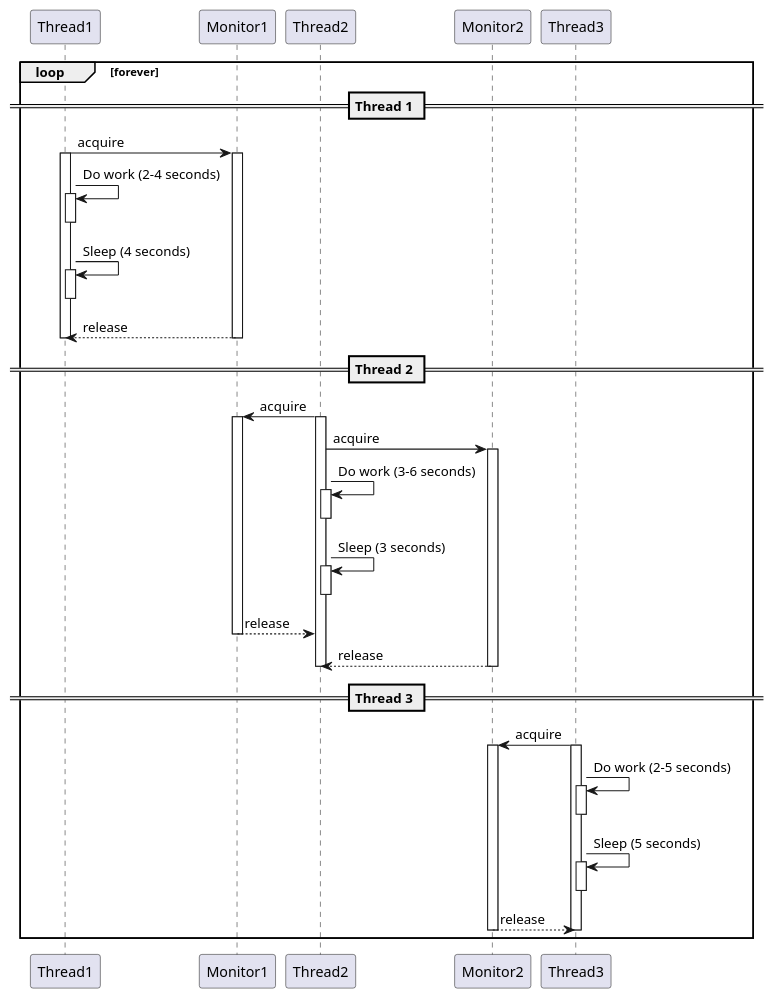
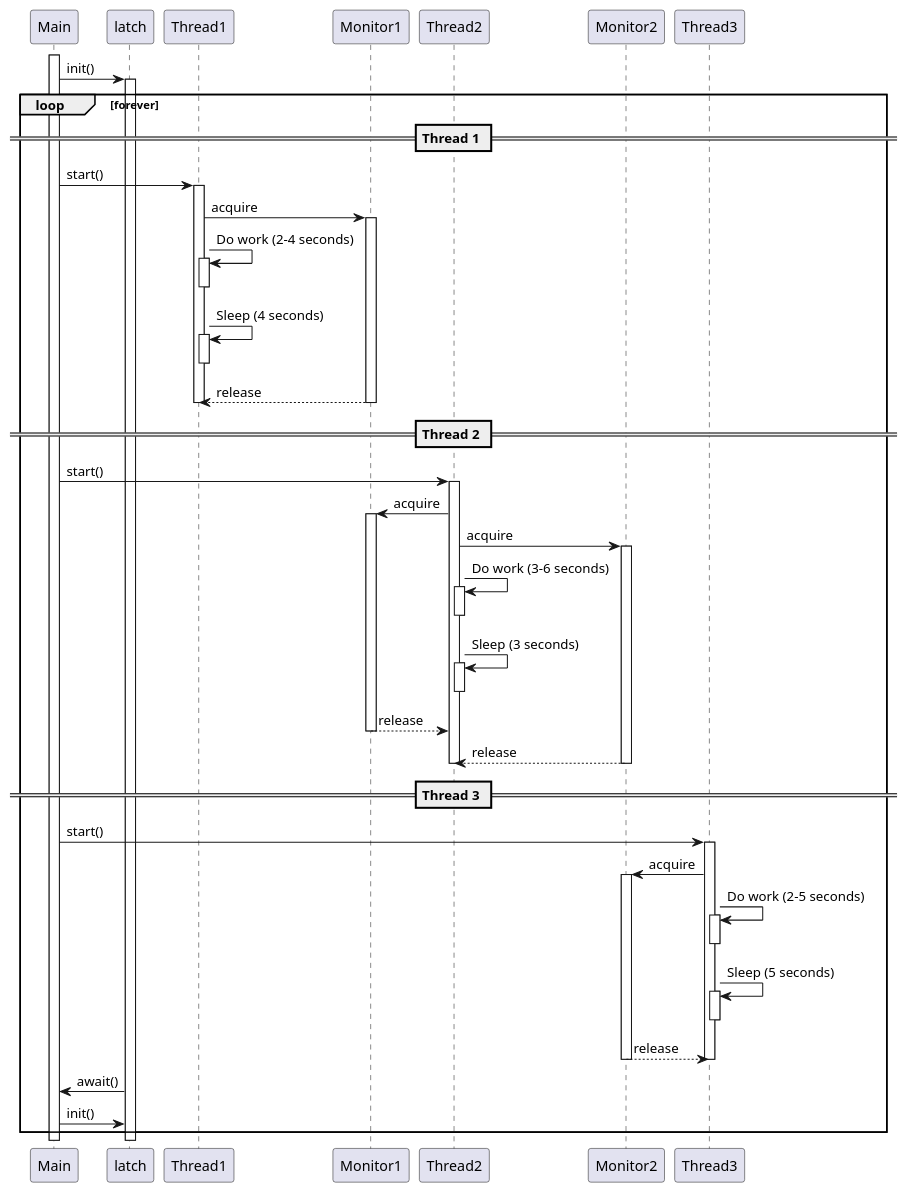
Before and after one commit to TudorMorosanu/MorosanuTudor_30332_RTSLAB: the diagram in Lab6/src/App2/Diagrams/Sequence.puml, drawn with PlantUML. The commit also changed 55 other files, not shown here.

```diff
--- a/Lab6/src/App2/Diagrams/Sequence.puml
+++ b/Lab6/src/App2/Diagrams/Sequence.puml
@@ -1,52 +1,64 @@
 @startuml
 
+activate Main
+Main -> latch : init()
+activate latch
 loop forever
 
     == Thread 1 ==
+    Main -> Thread1 : start()
+    activate Thread1
     Thread1 -> Monitor1: acquire
-    activate Thread1
+
     activate Monitor1
     Thread1 -> Thread1: Do work (2-4 seconds)
     activate Thread1
     deactivate Thread1
     Thread1 -> Thread1: Sleep (4 seconds)
     activate Thread1
     deactivate Thread1
     Thread1 <-- Monitor1: release
     deactivate Monitor1
     deactivate Thread1
 
     == Thread 2 ==
+    Main -> Thread2 :start()
+    activate Thread2
     Thread2 -> Monitor1: acquire
-    activate Thread2
+
     activate Monitor1
     Thread2 -> Monitor2: acquire
     activate Monitor2
     Thread2 -> Thread2: Do work (3-6 seconds)
     activate Thread2
     deactivate Thread2
     Thread2 -> Thread2: Sleep (3 seconds)
     activate Thread2
     deactivate Thread2
     Thread2 <-- Monitor1 : release
     deactivate Monitor1
     Thread2 <-- Monitor2 : release
     deactivate Monitor2
     deactivate Thread2
 
     == Thread 3 ==
+    Main -> Thread3 : start()
+    activate Thread3
     Thread3 -> Monitor2: acquire
-    activate Thread3
+
     activate Monitor2
     Thread3 -> Thread3: Do work (2-5 seconds)
     activate Thread3
     deactivate Thread3
     Thread3 -> Thread3: Sleep (5 seconds)
     activate Thread3
     deactivate Thread3
     Thread3 <-- Monitor2: release
     deactivate Monitor2
     deactivate Thread3
+
+    latch -> Main : await()
+    Main -> latch : init()
 end loop
 
 @enduml
```
